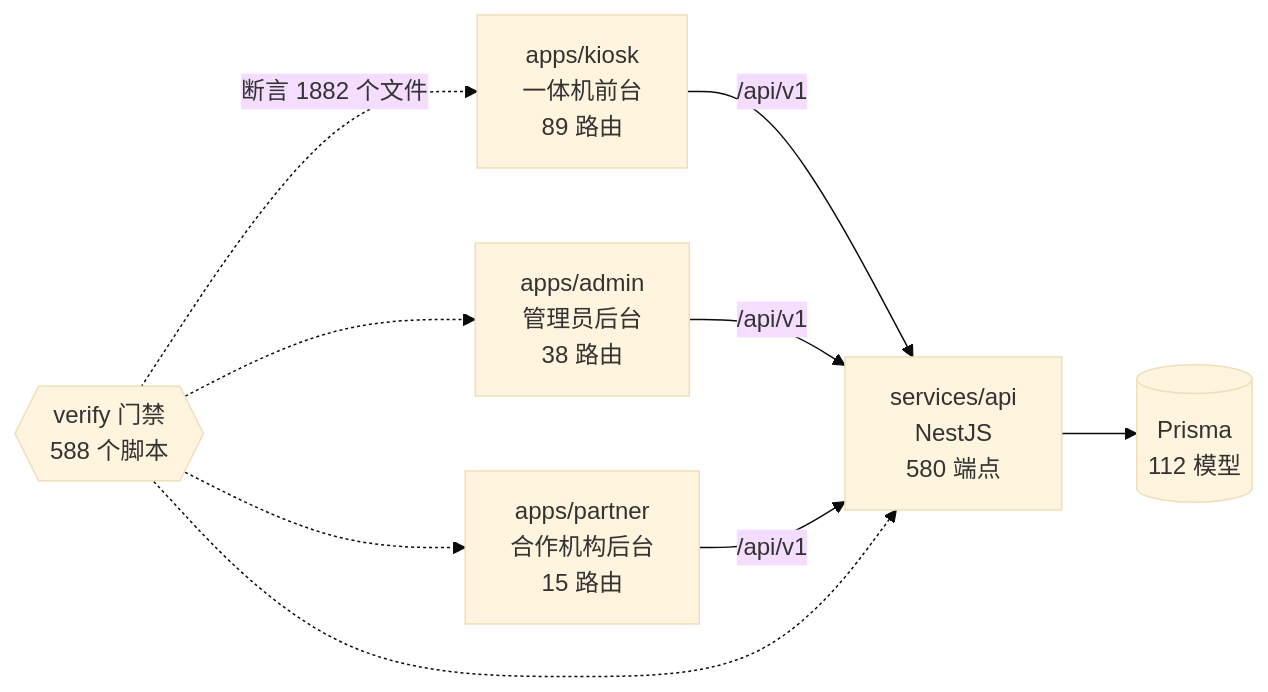
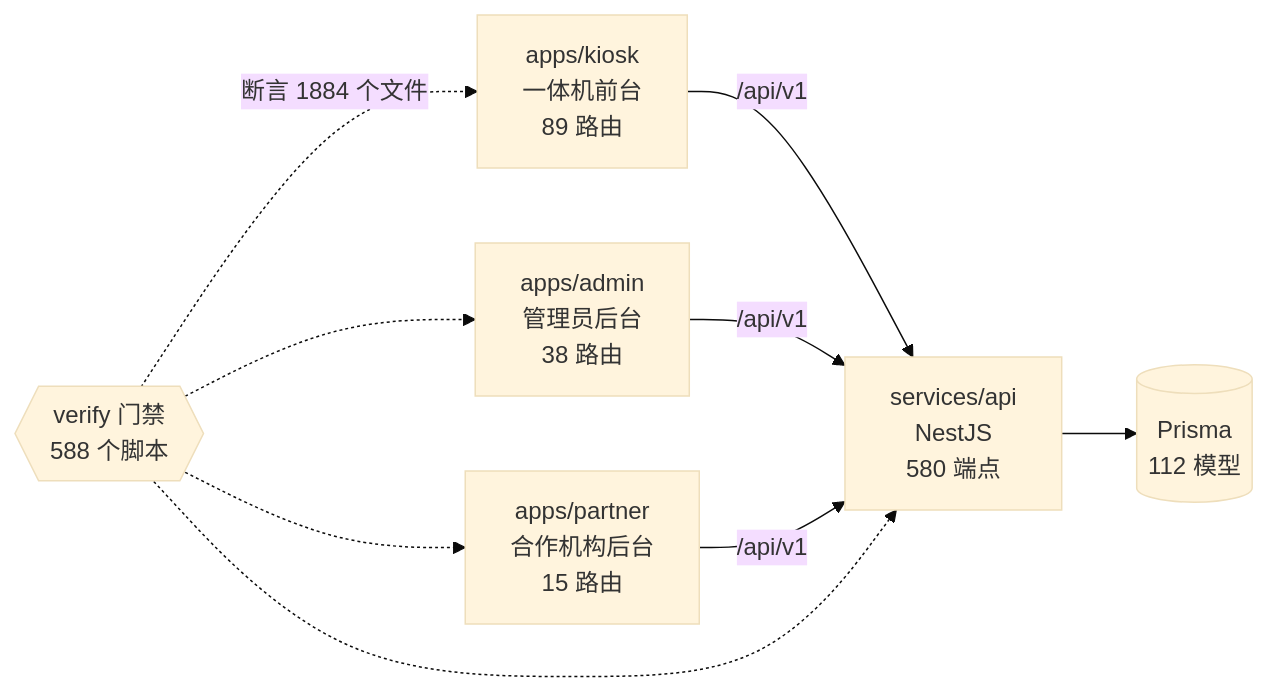
The diagram in docs/graph/README.md (wanglei581/YITIJI), drawn with Mermaid (base theme) before and after one commit. The commit also changed other lines of this file and 3 other files, not shown here.

Commit message:
docs(progress): 记 16 号服务中心收尾，重生图谱

````diff
--- a/docs/graph/README.md
+++ b/docs/graph/README.md
@@ -68,18 +68,18 @@
 ```mermaid
 flowchart LR
   kiosk["apps/kiosk<br/>一体机前台<br/>89 路由"]
   admin["apps/admin<br/>管理员后台<br/>38 路由"]
   partner["apps/partner<br/>合作机构后台<br/>15 路由"]
   api["services/api<br/>NestJS<br/>580 端点"]
   db[("Prisma<br/>112 模型")]
   gates{{"verify 门禁<br/>588 个脚本"}}
 
   kiosk -->|"/api/v1"| api
   admin -->|"/api/v1"| api
   partner -->|"/api/v1"| api
   api --> db
-  gates -.->|"断言 1882 个文件"| kiosk
+  gates -.->|"断言 1884 个文件"| kiosk
   gates -.-> admin
   gates -.-> partner
   gates -.-> api
 ```
````
